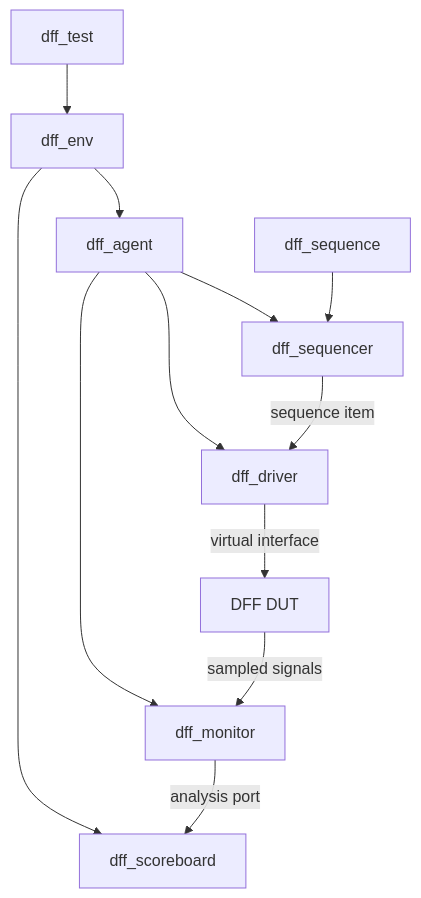
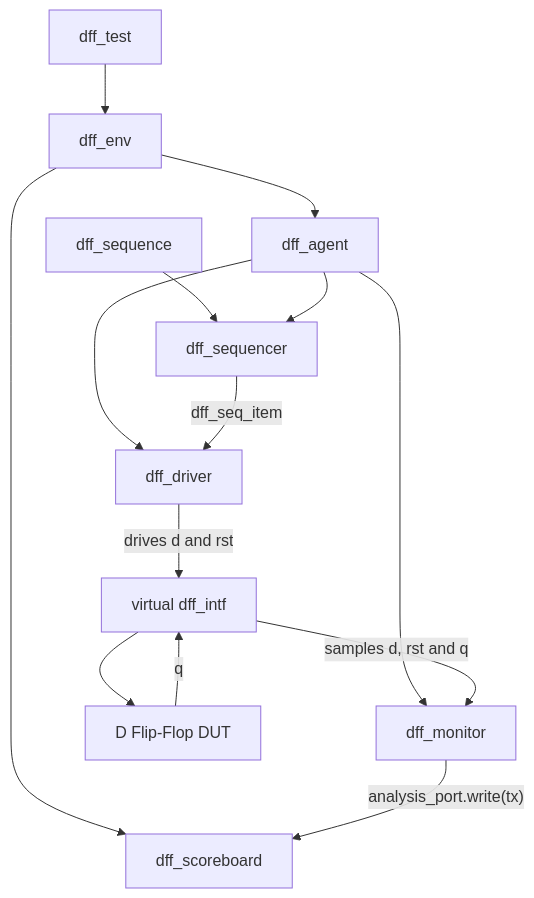
One commit to Charan6556/DFF-UVM-Verification changed the diagram in README.md. Above: the diagram before and after it, drawn with Mermaid. The commit also changed other lines of this file, not shown here.

````diff
--- a/README.md
+++ b/README.md
@@ -20,14 +51,18 @@
 ```mermaid
-flowchart TD
+flowchart TB
     Test["dff_test"] --> Env["dff_env"]
     Env --> Agent["dff_agent"]
     Env --> Scoreboard["dff_scoreboard"]
-    Agent --> Sequencer["dff_sequencer"]
+
+    Sequence["dff_sequence"] --> Sequencer["dff_sequencer"]
+    Agent --> Sequencer
     Agent --> Driver["dff_driver"]
     Agent --> Monitor["dff_monitor"]
-    Sequence["dff_sequence"] --> Sequencer
-    Sequencer -->|"sequence item"| Driver
-    Driver -->|"virtual interface"| DUT["DFF DUT"]
-    DUT -->|"sampled signals"| Monitor
-    Monitor -->|"analysis port"| Scoreboard
+
+    Sequencer -->|"dff_seq_item"| Driver
+    Driver -->|"drives d and rst"| Interface["virtual dff_intf"]
+    Interface --> DUT["D Flip-Flop DUT"]
+    DUT -->|"q"| Interface
+    Interface -->|"samples d, rst and q"| Monitor
+    Monitor -->|"analysis_port.write(tx)"| Scoreboard
 ```
````
